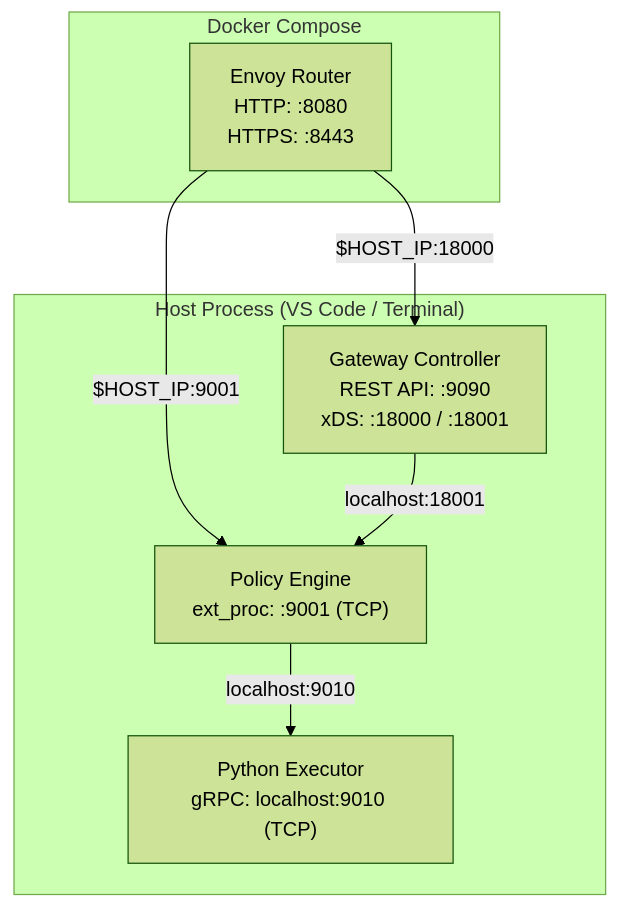
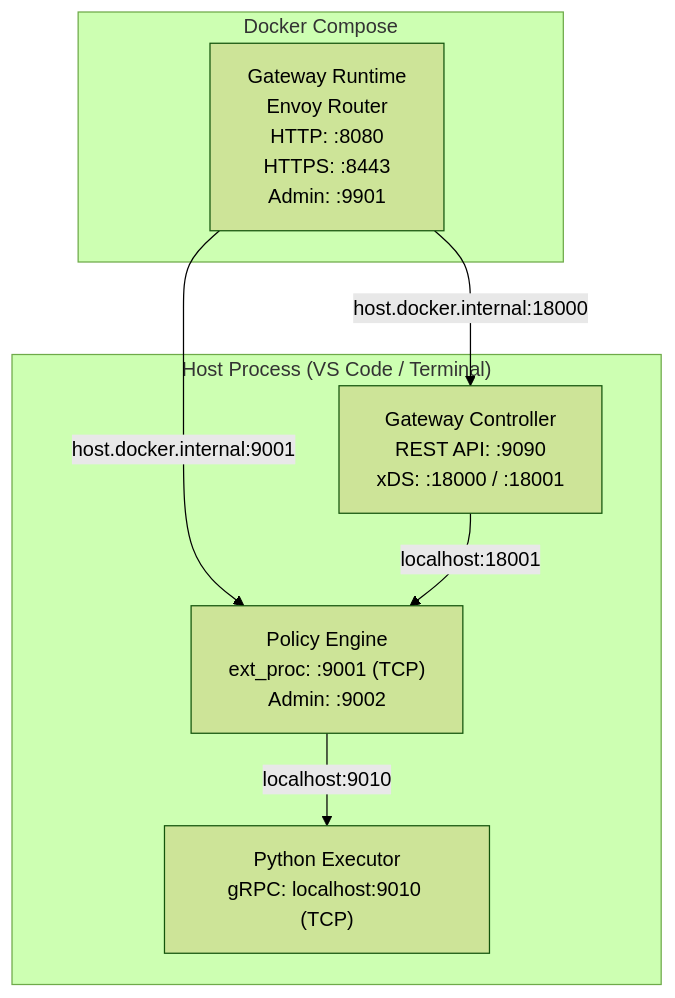
One commit to wso2/api-platform changed the diagram in gateway/PYTHON_DEBUG_GUIDE.md. Above: the diagram before and after it, drawn with Mermaid (forest theme). The commit also changed other lines of this file and 1 other file, not shown here.

````diff
--- a/gateway/PYTHON_DEBUG_GUIDE.md
+++ b/gateway/PYTHON_DEBUG_GUIDE.md
@@ -11,17 +11,17 @@
 ```mermaid
 graph TB
-    subgraph "Docker Compose"
-        Router["Envoy Router<br/>HTTP: :8080<br/>HTTPS: :8443"]
-    end
-
     subgraph "Host Process (VS Code / Terminal)"
         GC["Gateway Controller<br/>REST API: :9090<br/>xDS: :18000 / :18001"]
-        PE["Policy Engine<br/>ext_proc: :9001 (TCP)"]
+        PE["Policy Engine<br/>ext_proc: :9001 (TCP)<br/>Admin: :9002"]
         PYE["Python Executor<br/>gRPC: localhost:9010 (TCP)"]
     end
 
-    Router -->|"$HOST_IP:9001"| PE
-    Router -->|"$HOST_IP:18000"| GC
+    subgraph "Docker Compose"
+        Router["Gateway Runtime<br/>Envoy Router<br/>HTTP: :8080<br/>HTTPS: :8443<br/>Admin: :9901"]
+    end
+
+    Router -->|"host.docker.internal:9001"| PE
+    Router -->|"host.docker.internal:18000"| GC
     GC -->|"localhost:18001"| PE
     PE -->|"localhost:9010"| PYE
 ```
````
